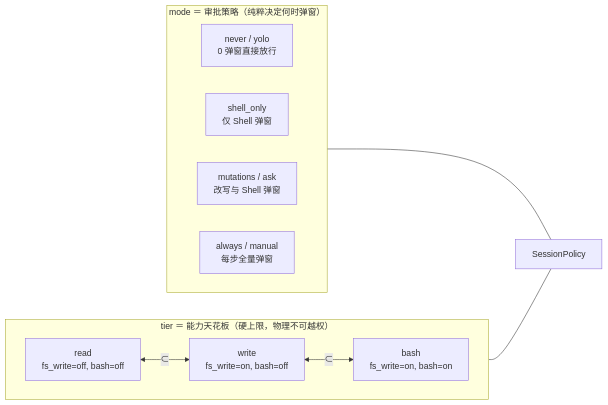
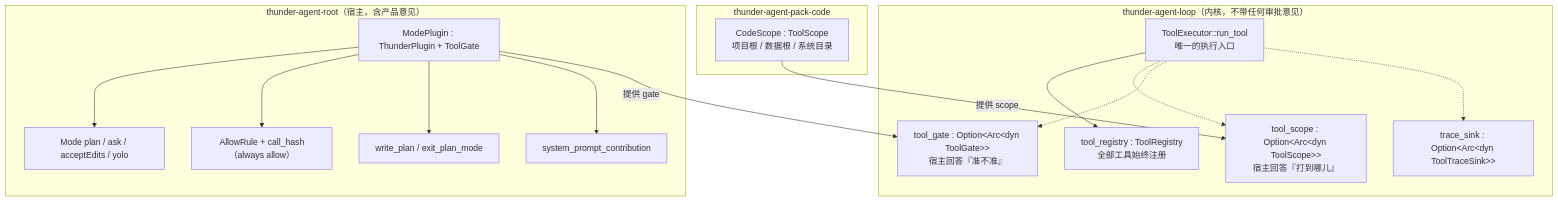
Before and after one commit to lucacicii/thunder: the first of 6 diagrams in docs/permission-structure.md, drawn with Mermaid. The commit also changed other lines of this file and 22 other files, not shown here.

````diff
--- a/docs/permission-structure.md
+++ b/docs/permission-structure.md
@@ -87,21 +34,33 @@
 ```mermaid
-flowchart LR
-    subgraph T["tier ＝ 能力天花板（硬上限，物理不可越权）"]
-        direction LR
-        T1["read<br/>fs_write=off, bash=off"]
-        T2["write<br/>fs_write=on, bash=off"]
-        T3["bash<br/>fs_write=on, bash=on"]
-        T1 <-->|⊂| T2 <-->|⊂| T3
+flowchart TB
+    subgraph KERNEL["thunder-agent-loop（内核，不带任何审批意见）"]
+        REG["tool_registry : ToolRegistry<br/>全部工具始终注册"]
+        SCOPE["tool_scope : Option&lt;Arc&lt;dyn ToolScope&gt;&gt;<br/>宿主回答『打到哪儿』"]
+        GATE["tool_gate : Option&lt;Arc&lt;dyn ToolGate&gt;&gt;<br/>宿主回答『准不准』"]
+        SINK["trace_sink : Option&lt;Arc&lt;dyn ToolTraceSink&gt;&gt;"]
+        RUN["ToolExecutor::run_tool<br/>唯一的执行入口"]
+        RUN --> REG
+        RUN -.-> SCOPE
+        RUN -.-> GATE
+        RUN -.-> SINK
     end
 
-    subgraph M["mode ＝ 审批策略（纯粹决定何时弹窗）"]
-        direction LR
-        M1["never / yolo<br/>0 弹窗直接放行"]
-        M2["shell_only<br/>仅 Shell 弹窗"]
-        M3["mutations / ask<br/>改写与 Shell 弹窗"]
-        M4["always / manual<br/>每步全量弹窗"]
+    subgraph HOST["thunder-agent-root（宿主，含产品意见）"]
+        MODE["ModePlugin : ThunderPlugin + ToolGate"]
+        M1["Mode plan / ask / acceptEdits / yolo"]
+        M2["AllowRule + call_hash（always allow）"]
+        M3["write_plan / exit_plan_mode"]
+        M4["system_prompt_contribution"]
+        MODE --> M1
+        MODE --> M2
+        MODE --> M3
+        MODE --> M4
     end
 
-    T3 --- P["SessionPolicy"]
-    M1 --- P
+    subgraph PACK["thunder-agent-pack-code"]
+        CS["CodeScope : ToolScope<br/>项目根 / 数据根 / 系统目录"]
+    end
+
+    MODE -->|"提供 gate"| GATE
+    CS -->|"提供 scope"| SCOPE
 ```
````
